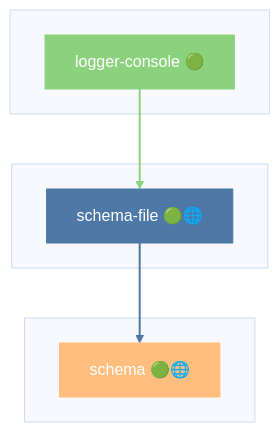
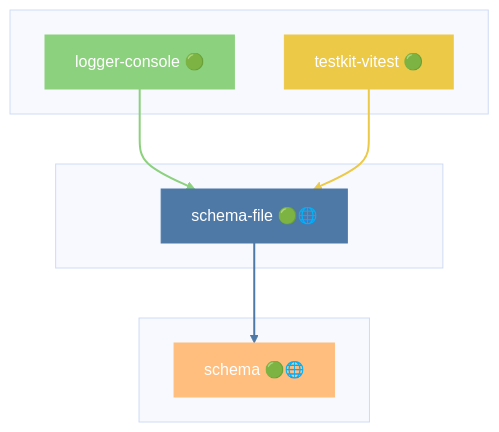
One commit to grest-ts/grest-ts changed diagram 38 of 46 in docs/DEPENDENCIES.md. Above: the diagram before and after it, drawn with Mermaid (base theme). The commit also changed other lines of this file and 6 other files, not shown here.

````diff
--- a/docs/DEPENDENCIES.md
+++ b/docs/DEPENDENCIES.md
@@ -1871,19 +1907,23 @@
 ```mermaid
 flowchart TB
     subgraph Dependents[" "]
         logger-console["logger-console 🟢"]
+        testkit-vitest["testkit-vitest 🟢"]
     end
     subgraph Package[" "]
         schema-file["schema-file 🟢🌐"]
     end
     subgraph Dependencies[" "]
         schema["schema 🟢🌐"]
     end
     logger-console --> schema-file
+    testkit-vitest --> schema-file
     schema-file --> schema
     style schema-file fill:#4E79A7,stroke:#4E79A7,color:#fff
     style logger-console fill:#8CD17D,stroke:#8CD17D,color:#fff
+    style testkit-vitest fill:#EDC948,stroke:#EDC948,color:#fff
     style schema fill:#FFBE7D,stroke:#FFBE7D,color:#fff
     linkStyle 0 stroke:#8CD17D,stroke-width:2px
-    linkStyle 1 stroke:#4E79A7,stroke-width:2px
+    linkStyle 1 stroke:#EDC948,stroke-width:2px
+    linkStyle 2 stroke:#4E79A7,stroke-width:2px
 ```
````
